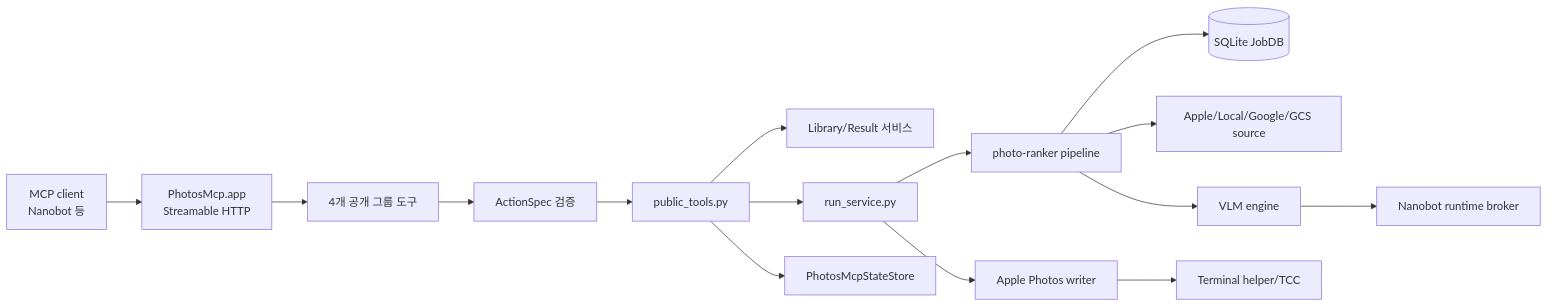
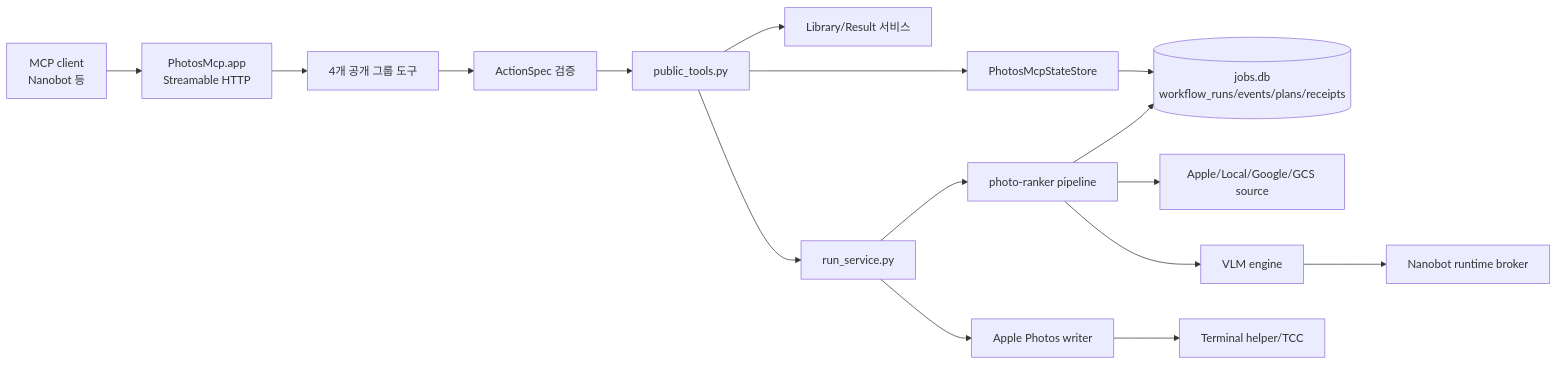
Before and after one commit to la9527/my-mcp-servers: the first of 2 diagrams in photos-mcp/docs/planning/04-functional-improvement-roadmap-2026-08-01.md, drawn with Mermaid. The commit also changed other lines of this file and 139 other files, not shown here.

````diff
--- a/photos-mcp/docs/planning/04-functional-improvement-roadmap-2026-08-01.md
+++ b/photos-mcp/docs/planning/04-functional-improvement-roadmap-2026-08-01.md
@@ -81,17 +93,18 @@
 ```mermaid
 flowchart LR
     Client[MCP client\nNanobot 등] --> HTTP[PhotosMcp.app\nStreamable HTTP]
     HTTP --> Tools[4개 공개 그룹 도구]
     Tools --> Options[ActionSpec 검증]
     Options --> Public[public_tools.py]
     Public --> Query[Library/Result 서비스]
     Public --> Run[run_service.py]
     Public --> State[PhotosMcpStateStore]
+    State --> Coordinator[(jobs.db\nworkflow_runs/events/plans/receipts)]
     Run --> Ranker[photo-ranker pipeline]
-    Ranker --> JobDB[(SQLite JobDB)]
+    Ranker --> Coordinator
     Ranker --> Source[Apple/Local/Google/GCS source]
     Ranker --> VLM[VLM engine]
     VLM --> Broker[Nanobot runtime broker]
     Run --> Writer[Apple Photos writer]
     Writer --> Terminal[Terminal helper/TCC]
 ```
````
